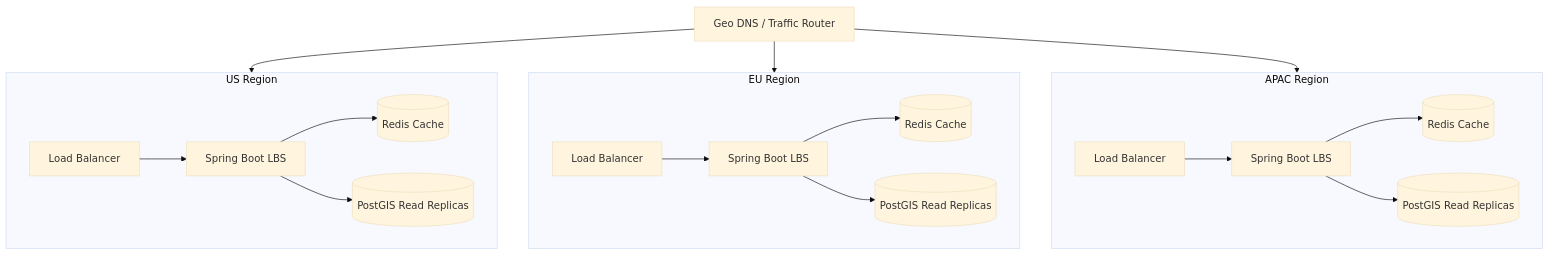
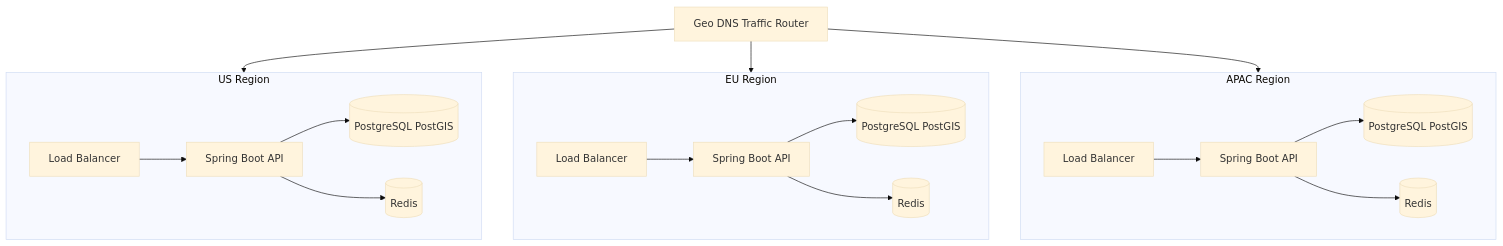
Before and after one commit to mthaiseer/springcloud-systemdesign-notes: diagram 15 of 18 in HLD_NOTES/004_INTERVIEW_PROBLEMS/013_proximity_service_visual_notes.md, drawn with Mermaid (base theme). The commit also changed other lines of this file and 1 other file, not shown here.

````diff
--- a/HLD_NOTES/004_INTERVIEW_PROBLEMS/013_proximity_service_visual_notes.md
+++ b/HLD_NOTES/004_INTERVIEW_PROBLEMS/013_proximity_service_visual_notes.md
@@ -761,38 +1047,38 @@
 ```mermaid
 flowchart TB
-    DNS[Geo DNS / Traffic Router]
+    DNS[Geo DNS Traffic Router]
 
     DNS --> US[US Region]
     DNS --> EU[EU Region]
     DNS --> APAC[APAC Region]
 
     subgraph US[US Region]
         USLB[Load Balancer]
-        USLBS[Spring Boot LBS]
-        USRedis[(Redis Cache)]
-        USPG[(PostGIS Read Replicas)]
-        USLB --> USLBS
-        USLBS --> USRedis
-        USLBS --> USPG
+        USAPI[Spring Boot API]
+        USDB[(PostgreSQL PostGIS)]
+        USRedis[(Redis)]
+        USLB --> USAPI
+        USAPI --> USDB
+        USAPI --> USRedis
     end
 
     subgraph EU[EU Region]
         EULB[Load Balancer]
-        EULBS[Spring Boot LBS]
-        EURedis[(Redis Cache)]
-        EUPG[(PostGIS Read Replicas)]
-        EULB --> EULBS
-        EULBS --> EURedis
-        EULBS --> EUPG
+        EUAPI[Spring Boot API]
+        EUDB[(PostgreSQL PostGIS)]
+        EURedis[(Redis)]
+        EULB --> EUAPI
+        EUAPI --> EUDB
+        EUAPI --> EURedis
     end
 
     subgraph APAC[APAC Region]
-        ALB[Load Balancer]
-        ALBS[Spring Boot LBS]
-        ARedis[(Redis Cache)]
-        APG[(PostGIS Read Replicas)]
-        ALB --> ALBS
-        ALBS --> ARedis
-        ALBS --> APG
+        APACLB[Load Balancer]
+        APACAPI[Spring Boot API]
+        APACDB[(PostgreSQL PostGIS)]
+        APACRedis[(Redis)]
+        APACLB --> APACAPI
+        APACAPI --> APACDB
+        APACAPI --> APACRedis
     end
 ```
````
